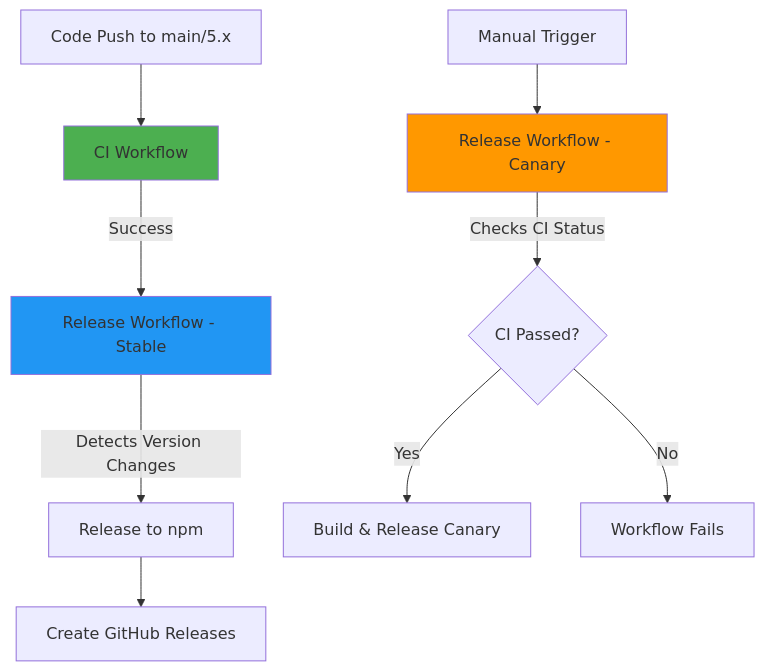
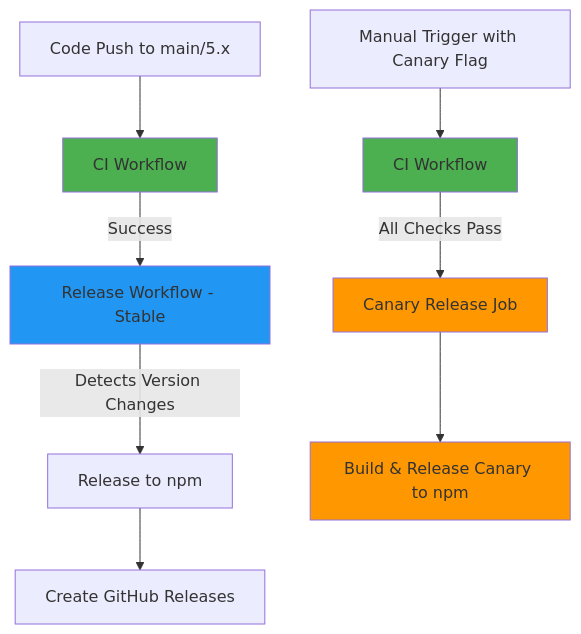
Before and after one commit to iress/design-system: the first of 5 diagrams in .github/WORKFLOWS.md, drawn with Mermaid. The commit also changed other lines of this file and 1 other file, not shown here.

Commit message:
fix: allow canaries from commit messages [canary:@iress-oss/ids-tokens]

````diff
--- a/.github/WORKFLOWS.md
+++ b/.github/WORKFLOWS.md
@@ -14,16 +14,17 @@
 ```mermaid
 graph TD
     A[Code Push to main/5.x] --> B[CI Workflow]
     B -->|Success| C[Release Workflow - Stable]
     C -->|Detects Version Changes| D[Release to npm]
     D --> E[Create GitHub Releases]
 
-    F[Manual Trigger] --> G[Release Workflow - Canary]
-    G -->|Checks CI Status| H{CI Passed?}
-    H -->|Yes| I[Build & Release Canary]
-    H -->|No| J[Workflow Fails]
+    F[Manual Trigger with Canary Flag] --> G[CI Workflow]
+    G -->|All Checks Pass| H[Canary Release Job]
+    H --> I[Build & Release Canary to npm]
 
     style B fill:#4CAF50
     style C fill:#2196F3
-    style G fill:#FF9800
+    style G fill:#4CAF50
+    style H fill:#FF9800
+    style I fill:#FF9800
 ```
````
